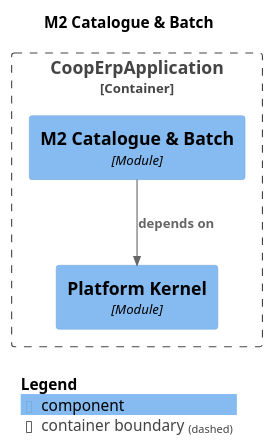
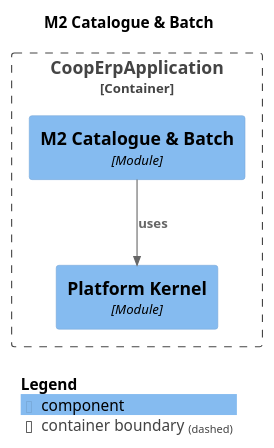
One commit to Knoweb/COOP_ERP changed the diagram in docs/modules/module-m2catalogue.puml. Above: the diagram before and after it, drawn with PlantUML. The commit also changed 47 other files, not shown here.

```diff
--- a/docs/modules/module-m2catalogue.puml
+++ b/docs/modules/module-m2catalogue.puml
@@ -1,19 +1,19 @@
 @startuml
 set separator none
 title M2 Catalogue & Batch
 
 top to bottom direction
 
 !include <C4/C4>
 !include <C4/C4_Context>
 !include <C4/C4_Component>
 
 Container_Boundary("CoopErpApplication.CoopErpApplication_boundary", "CoopErpApplication", $tags="") {
   Component(CoopErpApplication.CoopErpApplication.PlatformKernel, "Platform Kernel", $techn="Module", $descr="", $tags="", $link="")
   Component(CoopErpApplication.CoopErpApplication.M2CatalogueBatch, "M2 Catalogue & Batch", $techn="Module", $descr="", $tags="", $link="")
 }
 
-Rel(CoopErpApplication.CoopErpApplication.M2CatalogueBatch, CoopErpApplication.CoopErpApplication.PlatformKernel, "depends on", $techn="", $tags="", $link="")
+Rel(CoopErpApplication.CoopErpApplication.M2CatalogueBatch, CoopErpApplication.CoopErpApplication.PlatformKernel, "uses", $techn="", $tags="", $link="")
 
 SHOW_LEGEND(true)
 @enduml
```
